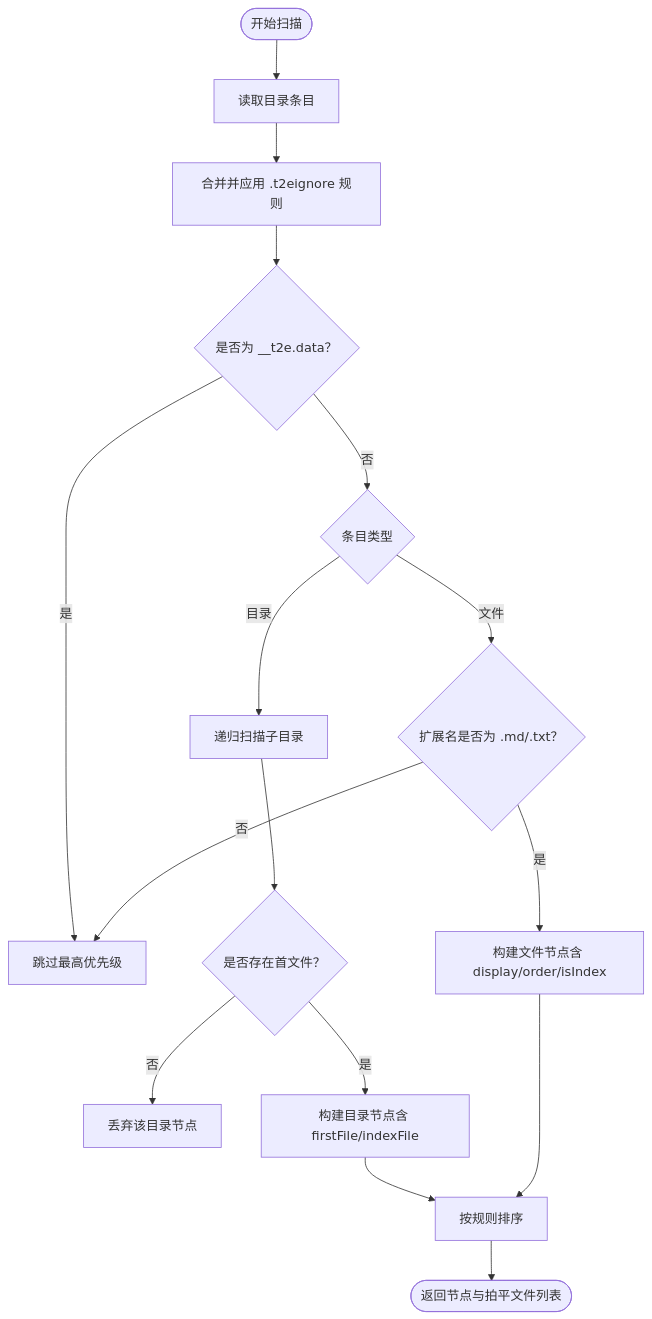
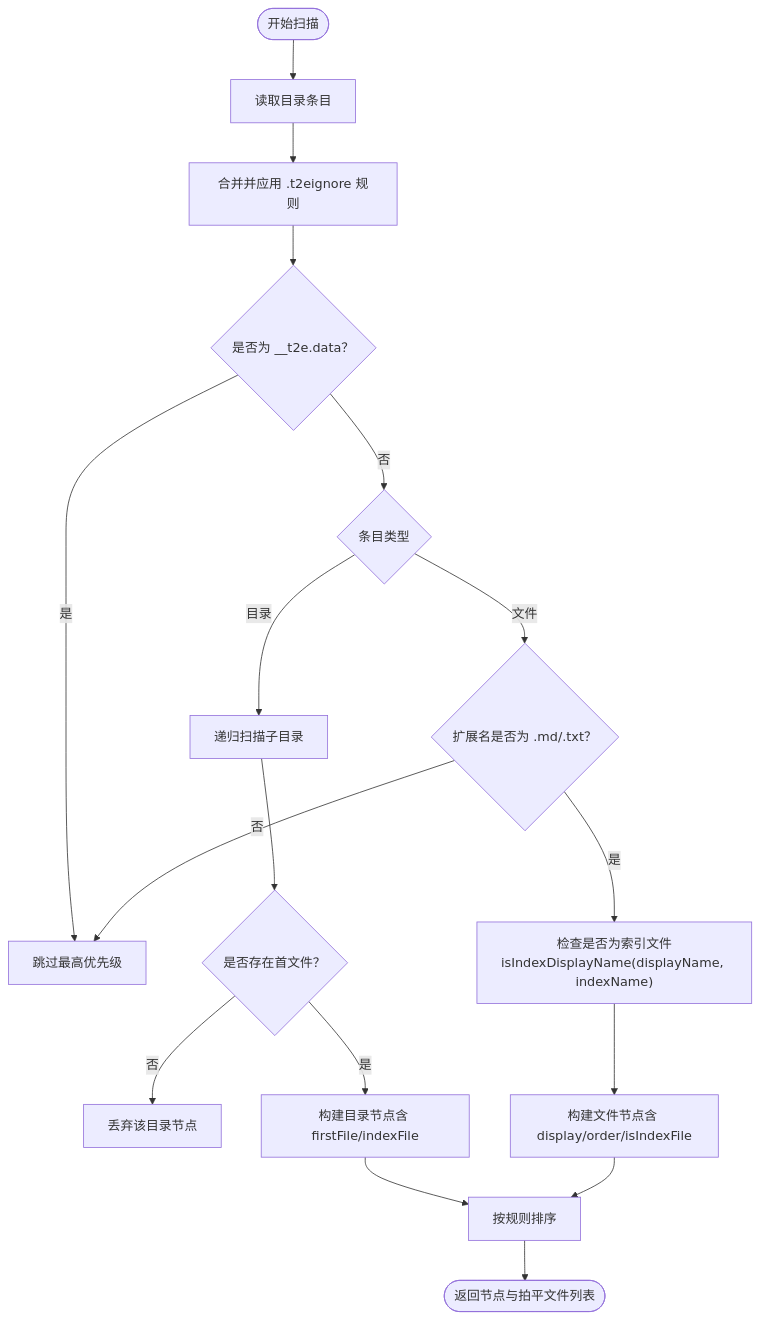
One commit to someok/vscode-folder2epub changed the third of 6 diagrams in .qoder/repowiki/zh/content/开发者指南/测试指南.md. Above: the diagram before and after it, drawn with Mermaid. The commit also changed other lines of this file and 4 other files, not shown here.

````diff
--- a/.qoder/repowiki/zh/content/开发者指南/测试指南.md
+++ b/.qoder/repowiki/zh/content/开发者指南/测试指南.md
@@ -166,18 +179,19 @@
 ```mermaid
 flowchart TD
 Start(["开始扫描"]) --> ReadDir["读取目录条目"]
 ReadDir --> FilterIgnore["合并并应用 .t2eignore 规则"]
 FilterIgnore --> IsMeta{"是否为 __t2e.data？"}
 IsMeta --> |是| Skip["跳过最高优先级"]
 IsMeta --> |否| Type{"条目类型"}
 Type --> |目录| ScanSub["递归扫描子目录"]
 ScanSub --> HasFirst{"是否存在首文件？"}
 HasFirst --> |否| Drop["丢弃该目录节点"]
 HasFirst --> |是| BuildFolder["构建目录节点含 firstFile/indexFile"]
 Type --> |文件| Ext{"扩展名是否为 .md/.txt？"}
 Ext --> |否| Skip
-Ext --> |是| BuildFile["构建文件节点含 display/order/isIndex"]
+Ext --> |是| CheckIndex["检查是否为索引文件<br/>isIndexDisplayName(displayName, indexName)"]
+CheckIndex --> BuildFile["构建文件节点含 display/order/isIndexFile"]
 BuildFolder --> Sort["按规则排序"]
 BuildFile --> Sort
 Sort --> End(["返回节点与拍平文件列表"])
 ```
````
